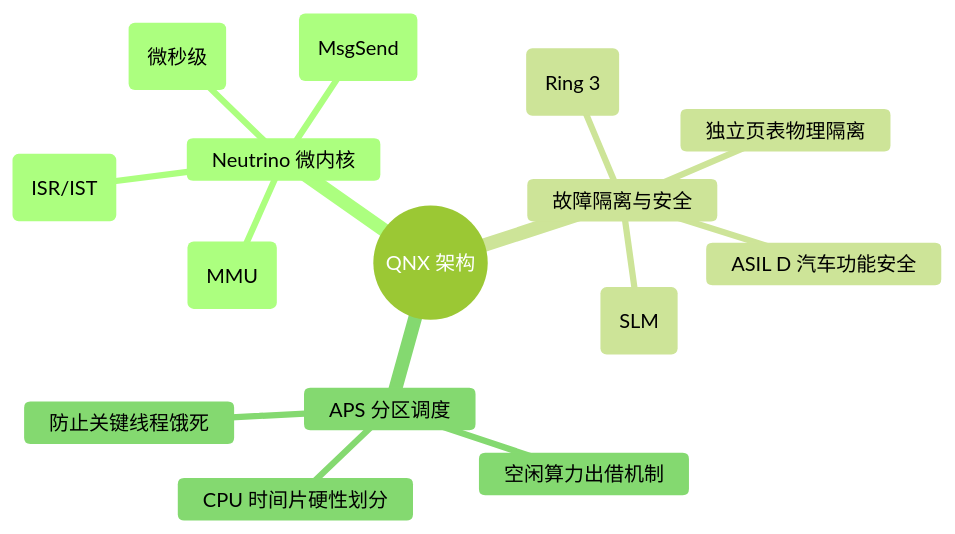
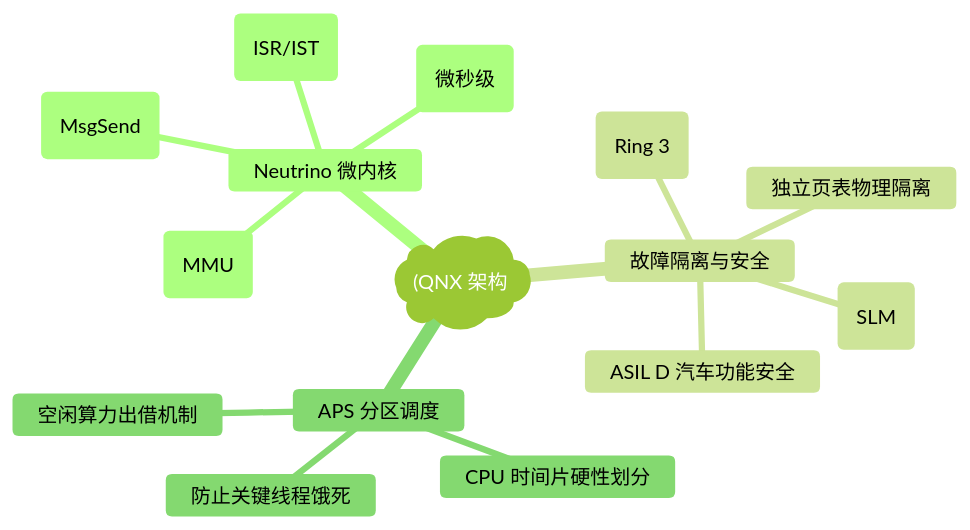
One commit to koosai/AI-Architect-Learning changed the second of 8 diagrams in docs/atlas/qnx.mdx. Above: the diagram before and after it, drawn with Mermaid (forest theme). The commit also changed 187 other files, not shown here.

Commit message:
fix(mermaid): fix all unquoted parens and edge label syntax errors across all docs

````diff
--- a/docs/atlas/qnx.mdx
+++ b/docs/atlas/qnx.mdx
@@ -73,18 +73,18 @@
 ```mermaid
 mindmap
-  root((QNX 架构))
+  root("(QNX 架构"))
     Neutrino 微内核
       核心调度器 (微秒级)
       同步 IPC (MsgSend)
       中断快速分发 (ISR/IST)
       物理内存映射 (MMU)
     故障隔离与安全
       驱动运行在用户态 (Ring 3)
       独立页表物理隔离
       系统联动自愈 (SLM)
       ASIL D 汽车功能安全
     APS 分区调度
       CPU 时间片硬性划分
       空闲算力出借机制
       防止关键线程饿死
 ```
````
